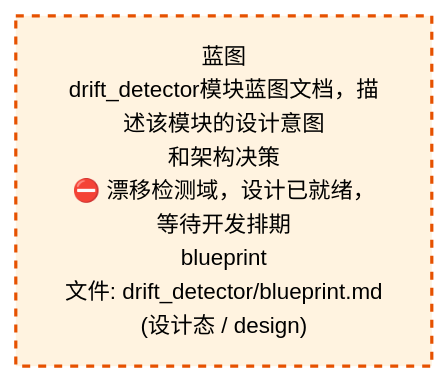
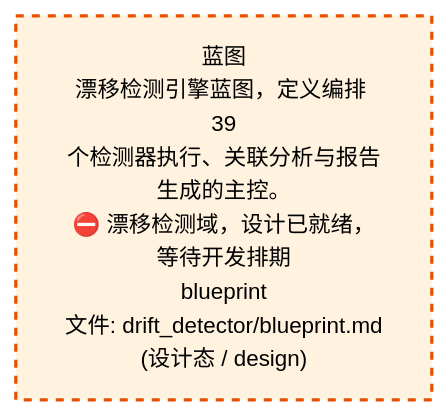
One commit to xuanFelixVan/ZephyrAlpha changed the third of 4 diagrams in docs/02_enterprise_architecture/02_domain_architecture_docs/52_d_gov_drift.md. Above: the diagram before and after it, drawn with Mermaid. The commit also changed other lines of this file and 43 other files, not shown here.

````diff
--- a/docs/02_enterprise_architecture/02_domain_architecture_docs/52_d_gov_drift.md
+++ b/docs/02_enterprise_architecture/02_domain_architecture_docs/52_d_gov_drift.md
@@ -458,10 +456,10 @@
 ```mermaid
 %%{init: {'theme': 'base', 'themeVariables': {'primaryColor': '#eaeaea', 'primaryTextColor': '#333333', 'primaryBorderColor': '#666666', 'lineColor': '#666666', 'secondaryColor': '#eaeaea', 'tertiaryColor': '#eaeaea', 'fontSize': '14px'}}}%%
 flowchart TD
-    docs_03_modules_domain_governance_drift_detector_blueprint_md["蓝图<br/>drift_detector模块蓝图文档，描述该模块的设计意图<br/>和架构决策<br/>⛔ 漂移检测域，设计已就绪，等待开发排期<br/>blueprint<br/>文件: drift_detector/blueprint.md<br/>(设计态 / design)"]
+    docs_03_modules_domain_governance_drift_detector_blueprint_md["蓝图<br/>漂移检测引擎蓝图，定义编排 39<br/>个检测器执行、关联分析与报告生成的主控。<br/>⛔ 漂移检测域，设计已就绪，等待开发排期<br/>blueprint<br/>文件: drift_detector/blueprint.md<br/>(设计态 / design)"]
     classDef production fill:#e1f5fe,stroke:#01579b,stroke-width:2px,color:#000
     classDef design fill:#fff3e0,stroke:#e65100,stroke-width:2px,color:#000,stroke-dasharray: 5 5
     classDef external_prod fill:#e8f4fd,stroke:#0277bd,stroke-width:1px,color:#000
     classDef external_design fill:#fff8e7,stroke:#ef6c00,stroke-width:1px,color:#000,stroke-dasharray: 5 5
     class docs_03_modules_domain_governance_drift_detector_blueprint_md design
 ```
````
